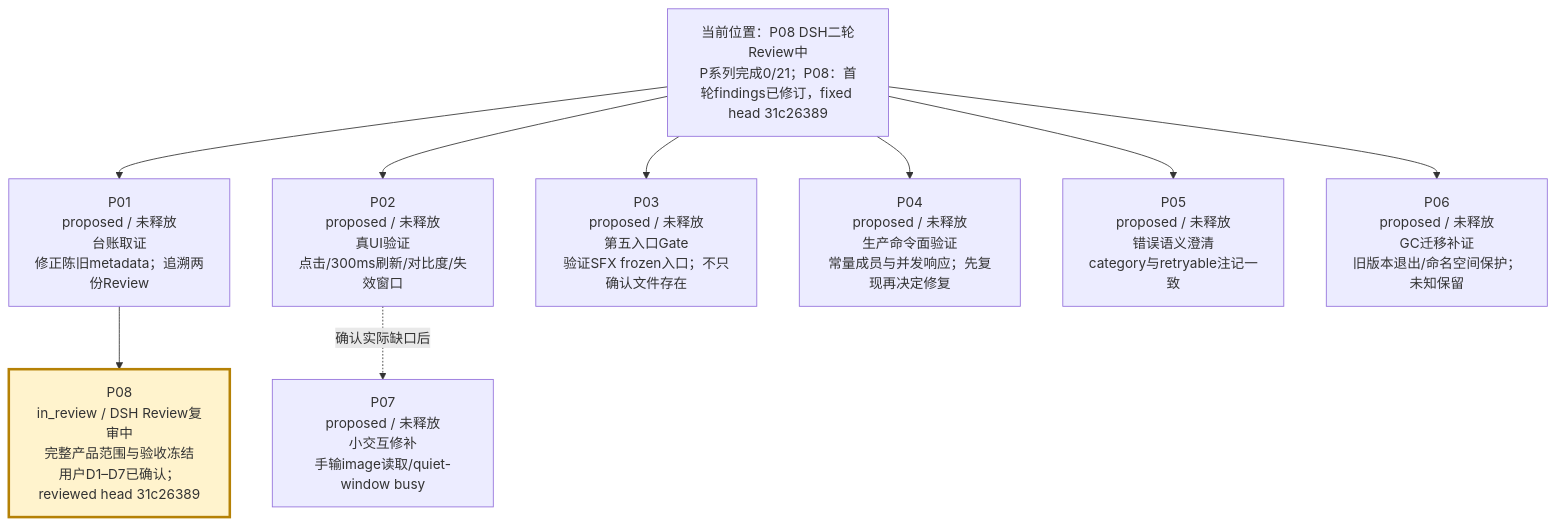
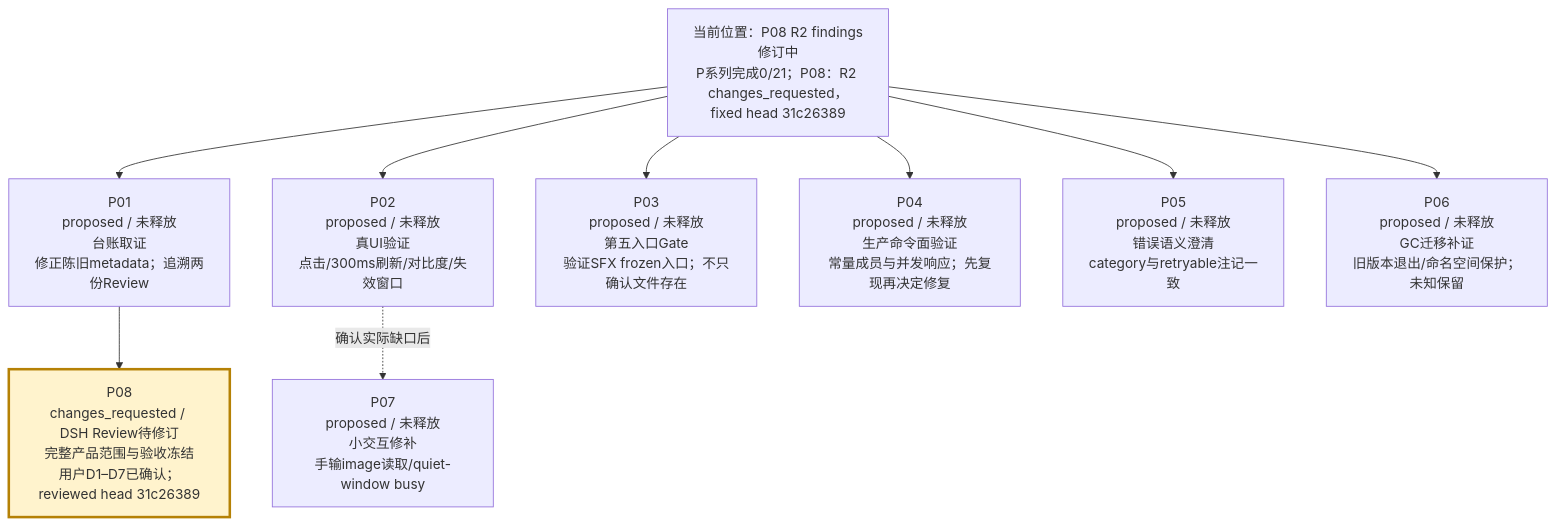
Before and after one commit to peakwheat-pixel/New-Manga: the second of 4 diagrams in verification/PROJECT-ROADMAP-20261008/ROADMAP.md, drawn with Mermaid. The commit also changed other lines of this file and 12 other files, not shown here.

````diff
--- a/verification/PROJECT-ROADMAP-20261008/ROADMAP.md
+++ b/verification/PROJECT-ROADMAP-20261008/ROADMAP.md
@@ -30,12 +30,12 @@
 ```mermaid
 flowchart TB
-  BASE["当前位置：P08 DSH二轮Review中<br/>P系列完成0/21；P08：首轮findings已修订，fixed head 31c26389"] --> P01["P01<br/>proposed / 未释放<br/>台账取证<br/>修正陈旧metadata；追溯两份Review"]
+  BASE["当前位置：P08 R2 findings修订中<br/>P系列完成0/21；P08：R2 changes_requested，fixed head 31c26389"] --> P01["P01<br/>proposed / 未释放<br/>台账取证<br/>修正陈旧metadata；追溯两份Review"]
   BASE --> P02["P02<br/>proposed / 未释放<br/>真UI验证<br/>点击/300ms刷新/对比度/失效窗口"]
   BASE --> P03["P03<br/>proposed / 未释放<br/>第五入口Gate<br/>验证SFX frozen入口；不只确认文件存在"]
   BASE --> P04["P04<br/>proposed / 未释放<br/>生产命令面验证<br/>常量成员与并发响应；先复现再决定修复"]
   BASE --> P05["P05<br/>proposed / 未释放<br/>错误语义澄清<br/>category与retryable注记一致"]
   BASE --> P06["P06<br/>proposed / 未释放<br/>GC迁移补证<br/>旧版本退出/命名空间保护；未知保留"]
   P02 -. "确认实际缺口后" .-> P07["P07<br/>proposed / 未释放<br/>小交互修补<br/>手输image读取/quiet-window busy"]
-  P01 --> P08["P08<br/>in_review / DSH Review复审中<br/>完整产品范围与验收冻结<br/>用户D1–D7已确认；reviewed head 31c26389"]
+  P01 --> P08["P08<br/>changes_requested / DSH Review待修订<br/>完整产品范围与验收冻结<br/>用户D1–D7已确认；reviewed head 31c26389"]
   style P08 fill:#fff3cd,stroke:#b58105,stroke-width:3px
 ```
````
